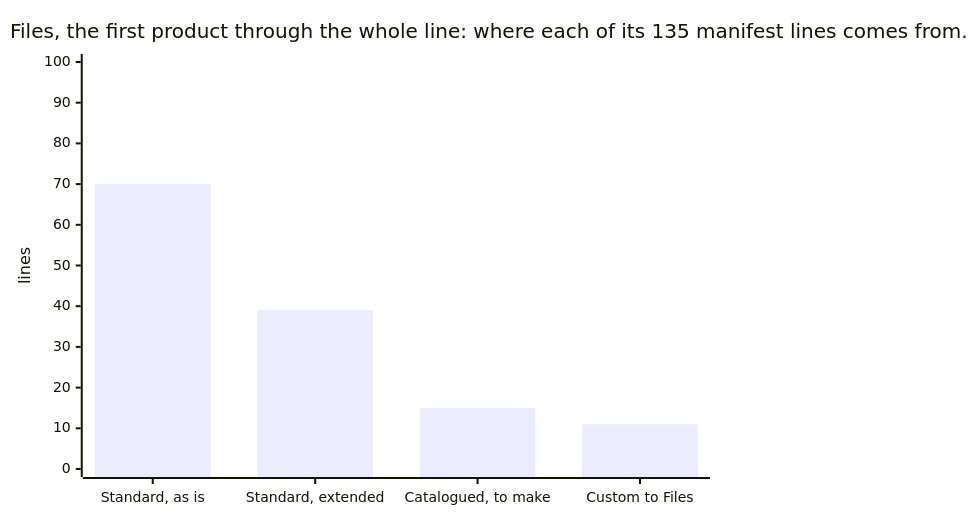
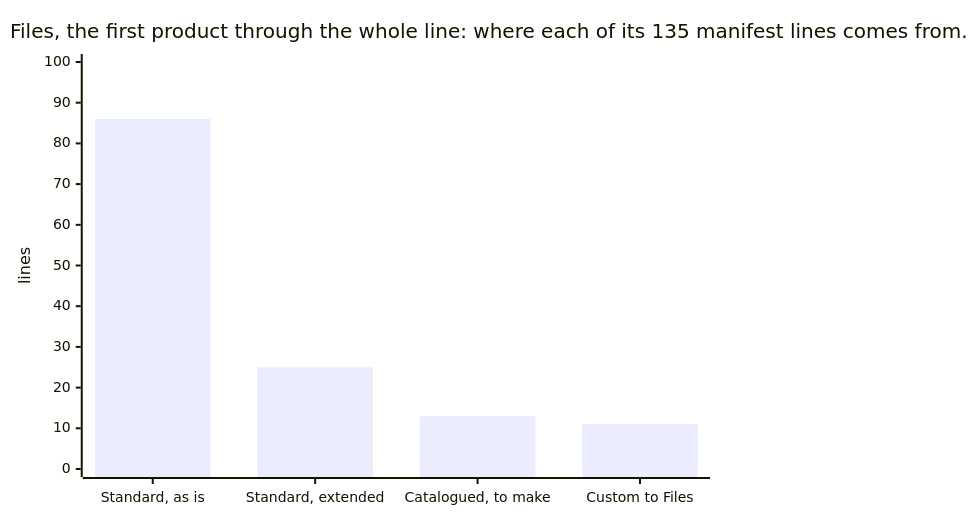
One commit to russlittle/ZTHR changed the second of 3 diagrams in intent/docs/line/engineering.md. Above: the diagram before and after it, drawn with Mermaid. The commit also changed other lines of this file and 18 other files, not shown here.

````diff
--- a/intent/docs/line/engineering.md
+++ b/intent/docs/line/engineering.md
@@ -65,7 +65,7 @@
 ```mermaid
 xychart-beta
   title "Files, the first product through the whole line: where each of its 135 manifest lines comes from."
   x-axis ["Standard, as is", "Standard, extended", "Catalogued, to make", "Custom to Files"]
   y-axis "lines" 0 --> 100
-  bar [70, 39, 15, 11]
+  bar [86, 25, 13, 11]
 ```
````
